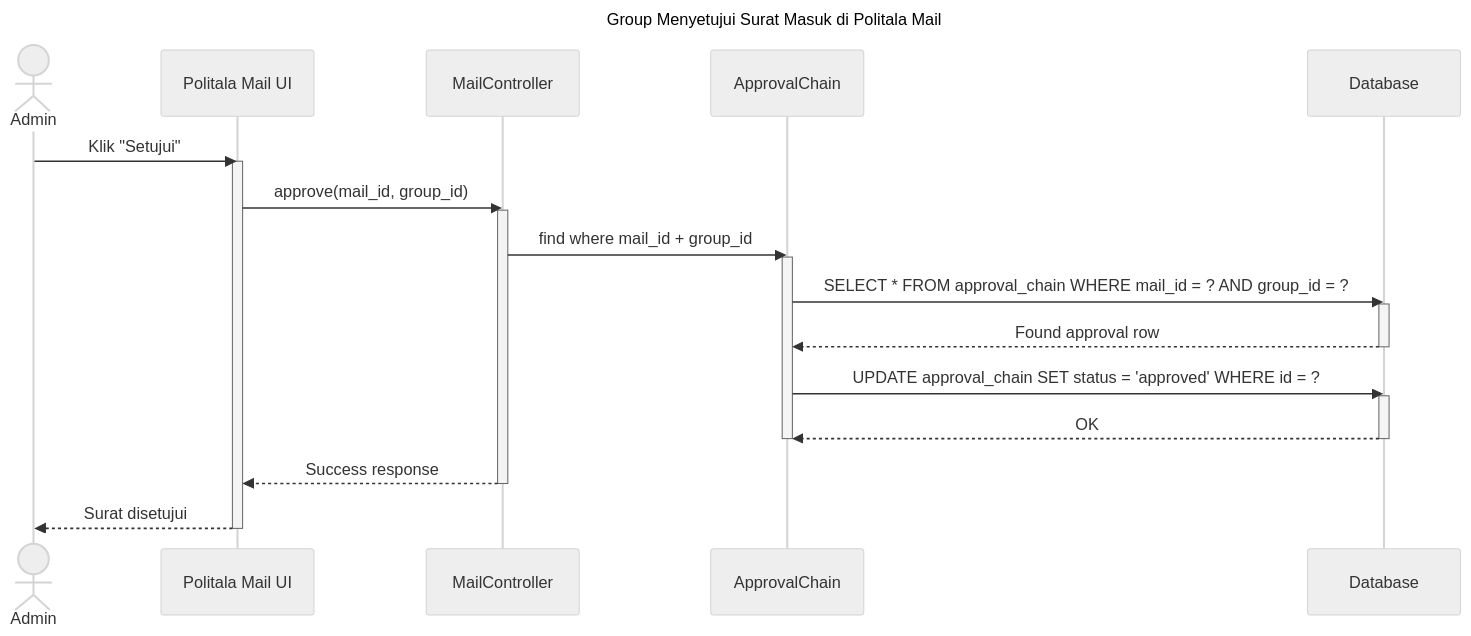
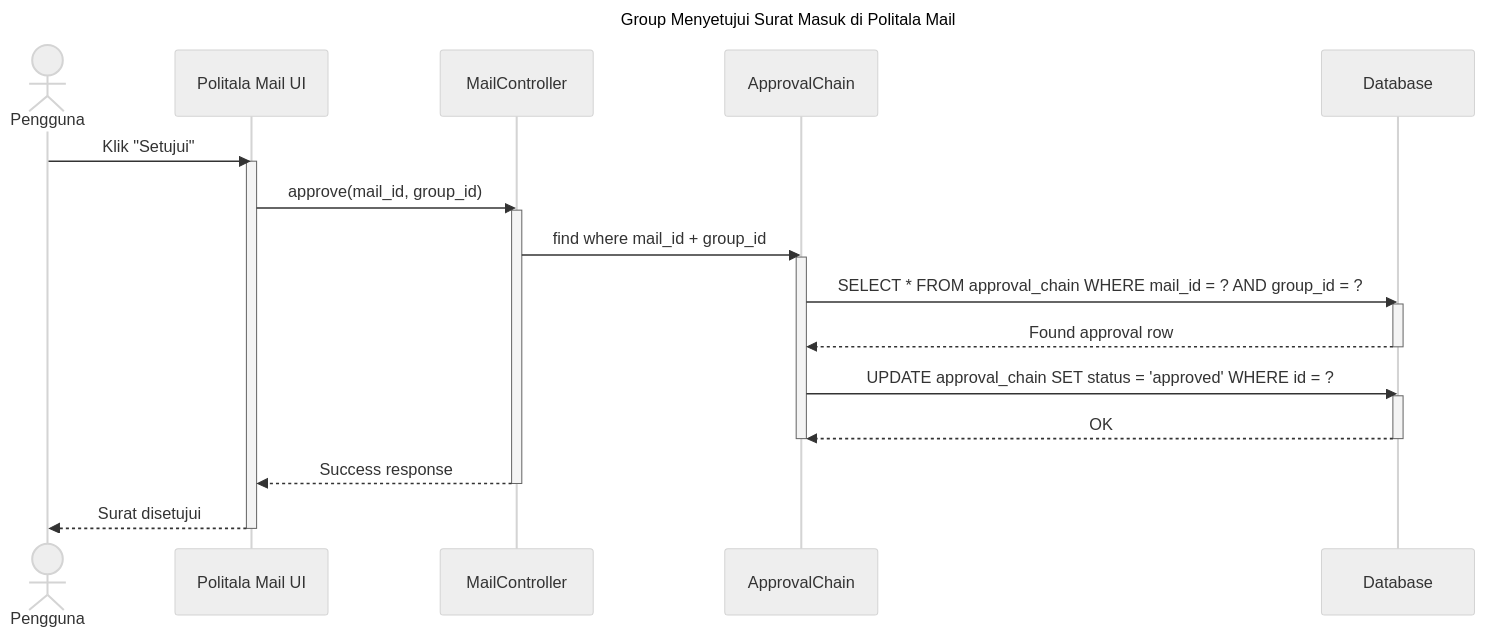
One commit to davidhadinugroho24601/UML-politala-mail changed the diagram in Manage Surat Masuk/menyetujui.md. Above: the diagram before and after it, drawn with Mermaid (neutral theme). The commit also changed 8 other files, not shown here.

````diff
--- a/Manage Surat Masuk/menyetujui.md
+++ b/Manage Surat Masuk/menyetujui.md
@@ -1,36 +1,36 @@
 ```mermaid
 
 sequenceDiagram
     title Group Menyetujui Surat Masuk di Politala Mail
 
-    actor Admin
+    actor Pengguna
     participant FilamentUI as Politala Mail UI
     participant MailController
     participant ApprovalModel as ApprovalChain
     participant DB as Database
 
-    Admin ->> FilamentUI: Klik "Setujui"
+    Pengguna ->> FilamentUI: Klik "Setujui"
     activate FilamentUI
     FilamentUI ->> MailController: approve(mail_id, group_id)
     activate MailController
 
     MailController ->> ApprovalModel: find where mail_id + group_id
     activate ApprovalModel
     ApprovalModel ->> DB: SELECT * FROM approval_chain WHERE mail_id = ? AND group_id = ?
     activate DB
     DB -->> ApprovalModel: Found approval row
     deactivate DB
 
     ApprovalModel ->> DB: UPDATE approval_chain SET status = 'approved' WHERE id = ?
     activate DB
     DB -->> ApprovalModel: OK
     deactivate DB
     deactivate ApprovalModel
 
     MailController -->> FilamentUI: Success response
     deactivate MailController
-    FilamentUI -->> Admin: Surat disetujui
+    FilamentUI -->> Pengguna: Surat disetujui
     deactivate FilamentUI
 
 
 ```
````
